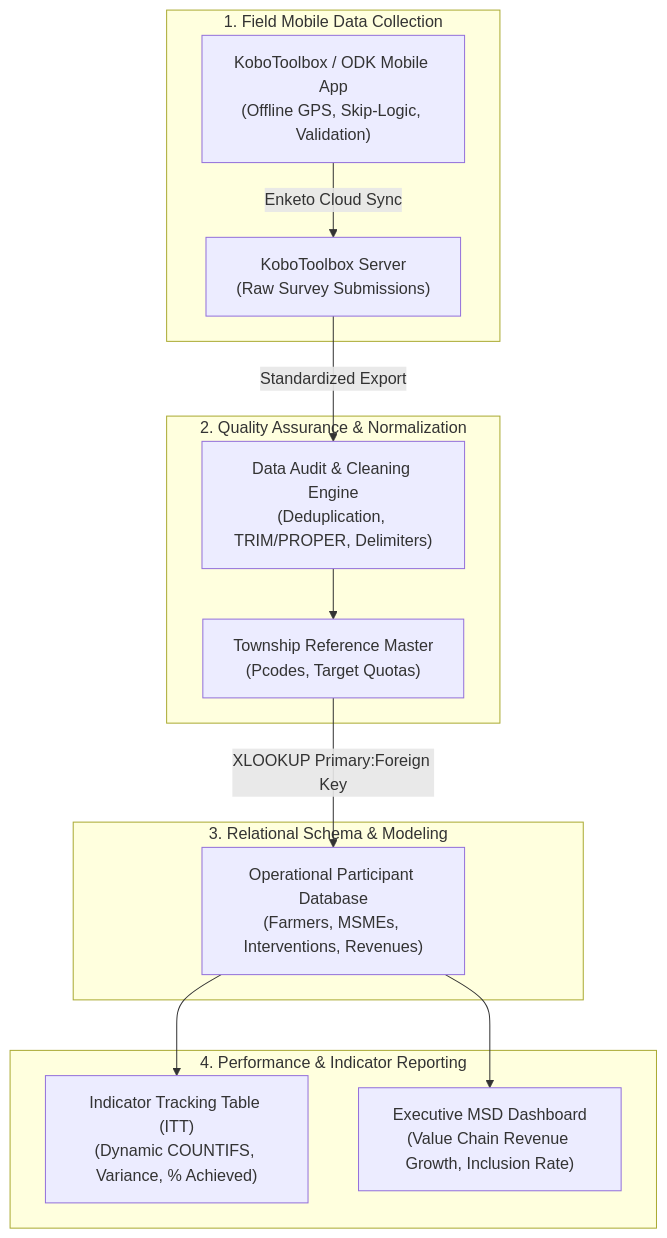
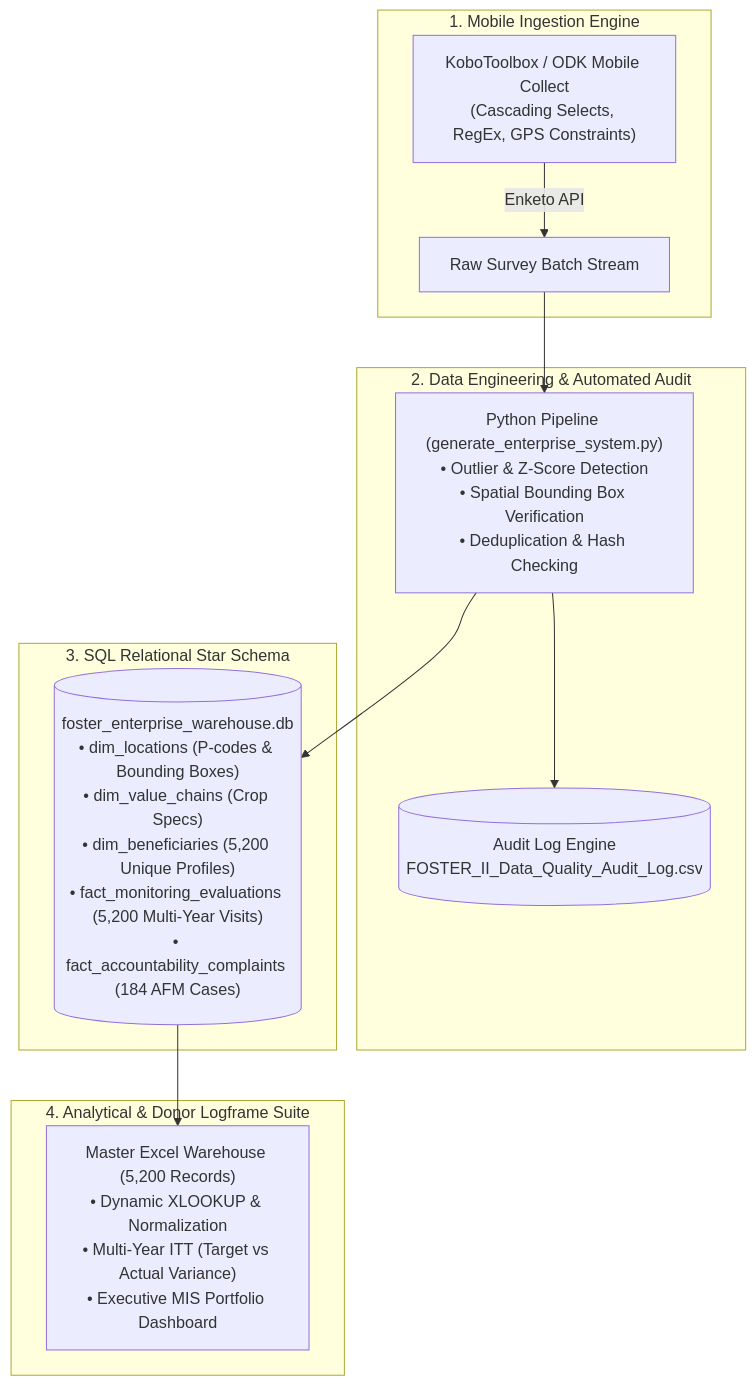
The diagram in README.md (Swimming1nDreams/agri-market-systems-meal-platform), drawn with Mermaid before and after one commit. The commit also changed other lines of this file and 4 other files, not shown here.

Commit message:
Upgrade to Enterprise Scale: 5,200+ Beneficiaries, SQLite Star Schema Warehouse, Automated QA Audit Log, and Master ITT Suite

````diff
--- a/README.md
+++ b/README.md
@@ -20,20 +16,19 @@
 ```mermaid
 flowchart TD
-    subgraph Data_Collection["1. Field Mobile Data Collection"]
-        A["KoboToolbox / ODK Mobile App<br/>(Offline GPS, Skip-Logic, Validation)"] -->|Enketo Cloud Sync| B["KoboToolbox Server<br/>(Raw Survey Submissions)"]
+    subgraph Ingestion["1. Mobile Ingestion Engine"]
+        A["KoboToolbox / ODK Mobile Collect<br/>(Cascading Selects, RegEx, GPS Constraints)"] -->|Enketo API| B["Raw Survey Batch Stream"]
     end
 
-    subgraph Data_Pipeline["2. Quality Assurance & Normalization"]
-        B -->|Standardized Export| C["Data Audit & Cleaning Engine<br/>(Deduplication, TRIM/PROPER, Delimiters)"]
-        C --> D["Township Reference Master<br/>(Pcodes, Target Quotas)"]
+    subgraph DataEngineering["2. Data Engineering & Automated Audit"]
+        B --> C["Python Pipeline (generate_enterprise_system.py)<br/>• Outlier & Z-Score Detection<br/>• Spatial Bounding Box Verification<br/>• Deduplication & Hash Checking"]
+        C --> D[("Audit Log Engine<br/>FOSTER_II_Data_Quality_Audit_Log.csv")]
     end
 
-    subgraph Relational_Model["3. Relational Schema & Modeling"]
-        D -->|XLOOKUP Primary:Foreign Key| E["Operational Participant Database<br/>(Farmers, MSMEs, Interventions, Revenues)"]
+    subgraph RelationalWarehouse["3. SQL Relational Star Schema"]
+        C --> E[("foster_enterprise_warehouse.db<br/>• dim_locations (P-codes & Bounding Boxes)<br/>• dim_value_chains (Crop Specs)<br/>• dim_beneficiaries (5,200 Unique Profiles)<br/>• fact_monitoring_evaluations (5,200 Multi-Year Visits)<br/>• fact_accountability_complaints (184 AFM Cases)")]
     end
 
-    subgraph Analytics_Reporting["4. Performance & Indicator Reporting"]
-        E --> F["Indicator Tracking Table (ITT)<br/>(Dynamic COUNTIFS, Variance, % Achieved)"]
-        E --> G["Executive MSD Dashboard<br/>(Value Chain Revenue Growth, Inclusion Rate)"]
+    subgraph Reporting["4. Analytical & Donor Logframe Suite"]
+        E --> F["Master Excel Warehouse (5,200 Records)<br/>• Dynamic XLOOKUP & Normalization<br/>• Multi-Year ITT (Target vs Actual Variance)<br/>• Executive MIS Portfolio Dashboard"]
     end
 ```
````
